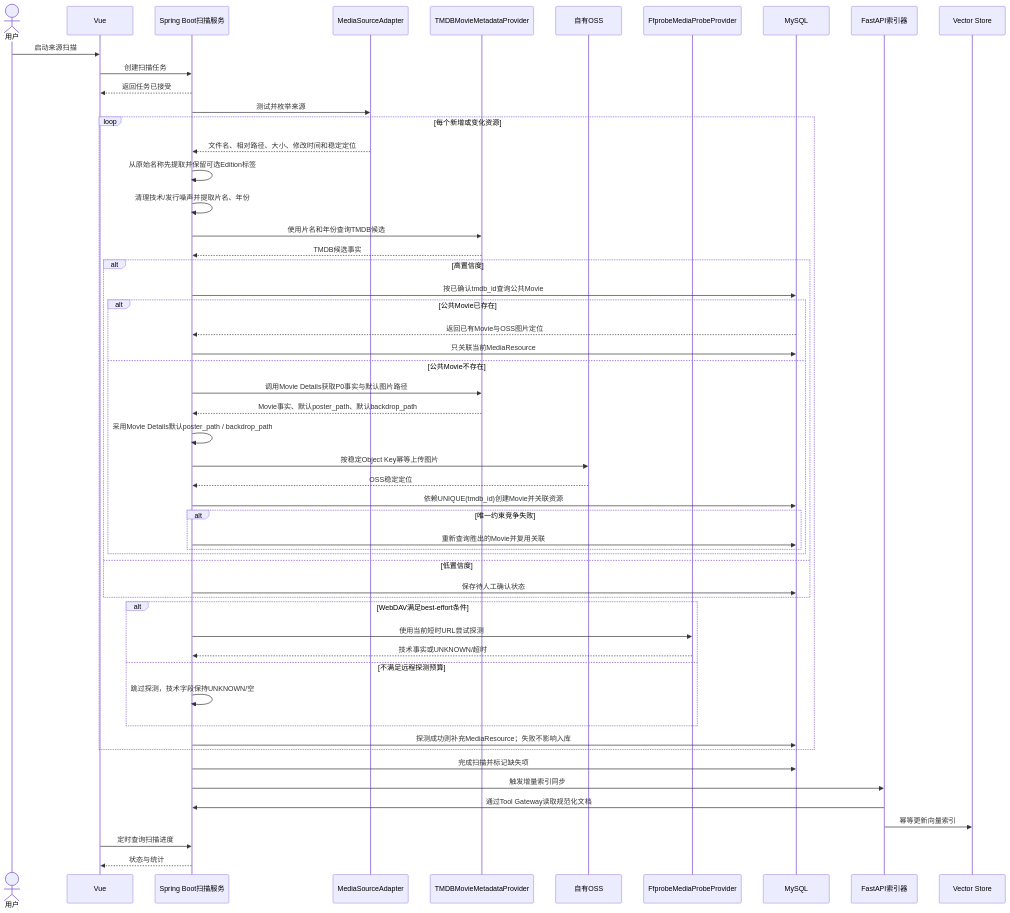
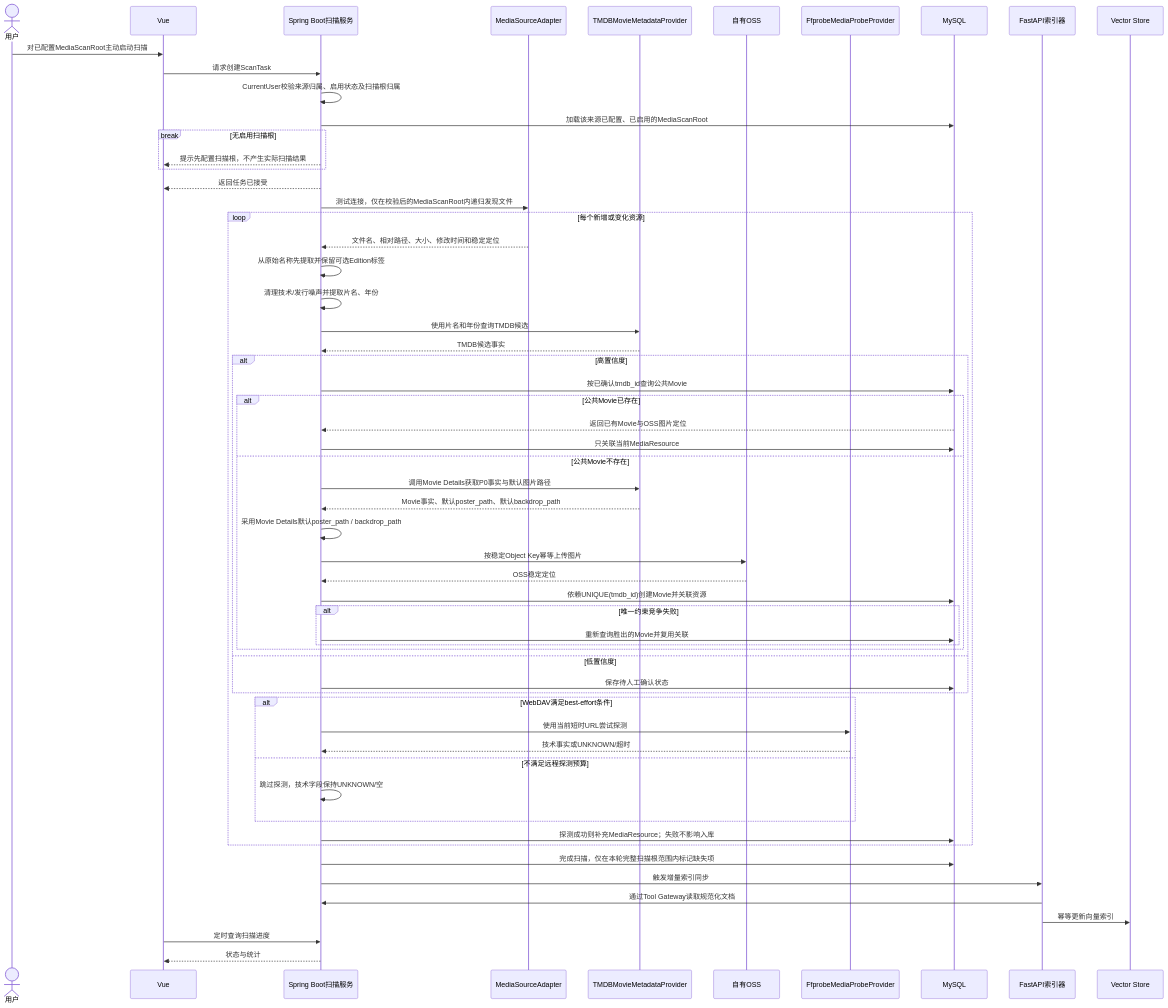
Diagram 27 of 30 in docs/02-系统架构设计文档.md (yuanchaoy03-dot/AI-Media-Center), drawn with Mermaid before and after one commit. The commit also changed other lines of this file and 4 other files, not shown here.

````diff
--- a/docs/02-系统架构设计文档.md
+++ b/docs/02-系统架构设计文档.md
@@ -1973,57 +1996,62 @@
 ```mermaid
 sequenceDiagram
     actor U as 用户
     participant V as Vue
     participant S as Spring Boot扫描服务
     participant A as MediaSourceAdapter
     participant T as TMDBMovieMetadataProvider
     participant O as 自有OSS
     participant P as FfprobeMediaProbeProvider
     participant DB as MySQL
     participant F as FastAPI索引器
     participant X as Vector Store
 
-    U->>V: 启动来源扫描
-    V->>S: 创建扫描任务
+    U->>V: 对已配置MediaScanRoot主动启动扫描
+    V->>S: 请求创建ScanTask
+    S->>S: CurrentUser校验来源归属、启用状态及扫描根归属
+    S->>DB: 加载该来源已配置、已启用的MediaScanRoot
+    break 无启用扫描根
+        S-->>V: 提示先配置扫描根，不产生实际扫描结果
+    end
     S-->>V: 返回任务已接受
-    S->>A: 测试并枚举来源
+    S->>A: 测试连接，仅在校验后的MediaScanRoot内递归发现文件
     loop 每个新增或变化资源
         A-->>S: 文件名、相对路径、大小、修改时间和稳定定位
         S->>S: 从原始名称先提取并保留可选Edition标签
         S->>S: 清理技术/发行噪声并提取片名、年份
         S->>T: 使用片名和年份查询TMDB候选
         T-->>S: TMDB候选事实
         alt 高置信度
             S->>DB: 按已确认tmdb_id查询公共Movie
             alt 公共Movie已存在
                 DB-->>S: 返回已有Movie与OSS图片定位
                 S->>DB: 只关联当前MediaResource
             else 公共Movie不存在
                 S->>T: 调用Movie Details获取P0事实与默认图片路径
                 T-->>S: Movie事实、默认poster_path、默认backdrop_path
                 S->>S: 采用Movie Details默认poster_path / backdrop_path
                 S->>O: 按稳定Object Key幂等上传图片
                 O-->>S: OSS稳定定位
                 S->>DB: 依赖UNIQUE(tmdb_id)创建Movie并关联资源
                 alt 唯一约束竞争失败
                     S->>DB: 重新查询胜出的Movie并复用关联
                 end
             end
         else 低置信度
             S->>DB: 保存待人工确认状态
         end
         alt WebDAV满足best-effort条件
             S->>P: 使用当前短时URL尝试探测
             P-->>S: 技术事实或UNKNOWN/超时
         else 不满足远程探测预算
             S->>S: 跳过探测，技术字段保持UNKNOWN/空
         end
         S->>DB: 探测成功则补充MediaResource；失败不影响入库
     end
-    S->>DB: 完成扫描并标记缺失项
+    S->>DB: 完成扫描，仅在本轮完整扫描根范围内标记缺失项
     S->>F: 触发增量索引同步
     F->>S: 通过Tool Gateway读取规范化文档
     F->>X: 幂等更新向量索引
     V->>S: 定时查询扫描进度
     S-->>V: 状态与统计
 ```
````
